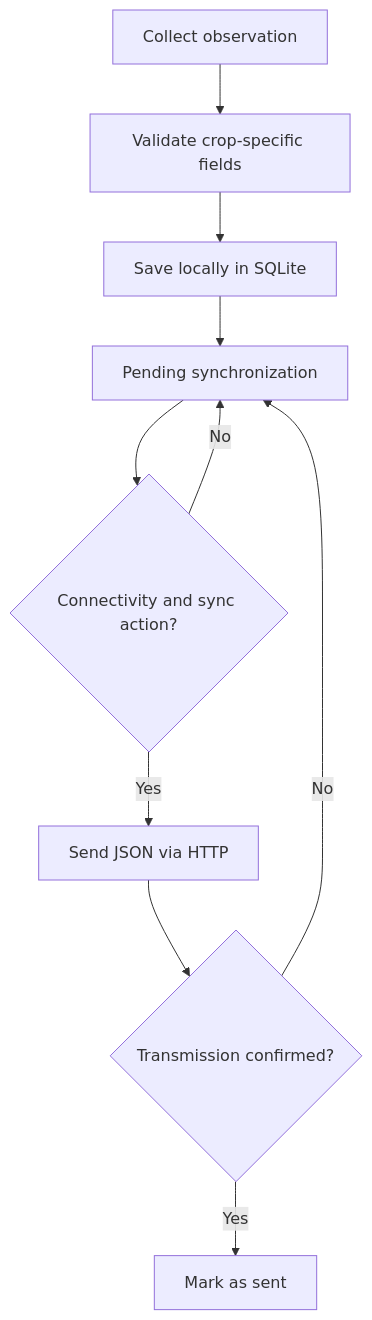
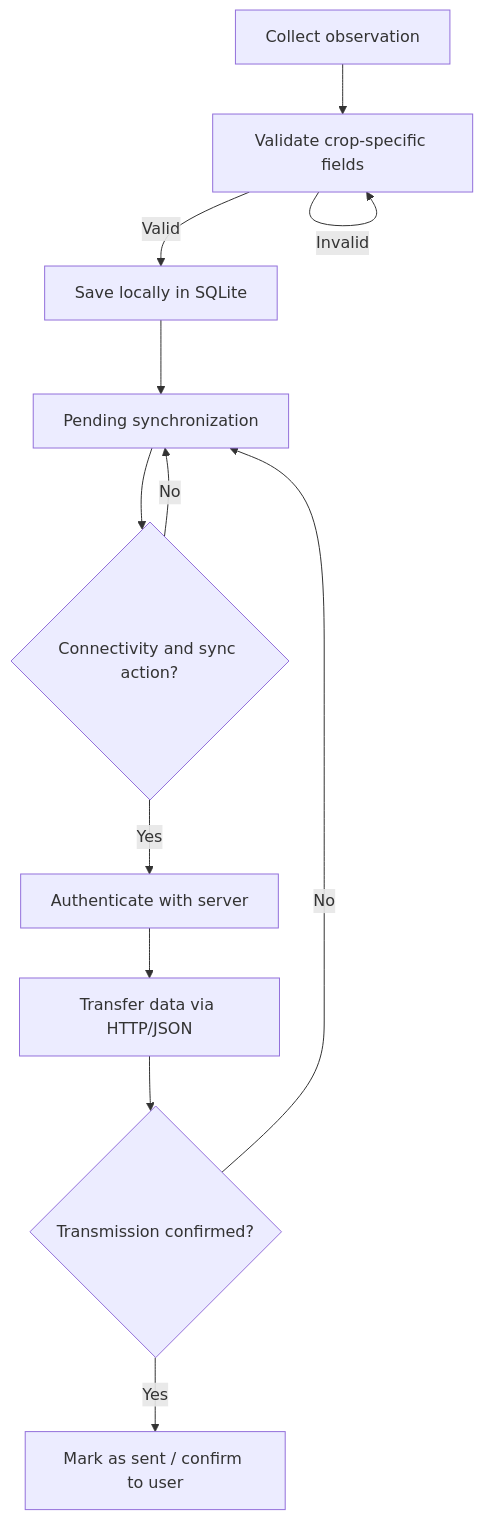
Before and after one commit to Miwe02/Offline_First_Mobile_Application_for_Phenotypic_Data_Collection_in_Protected_Crops: the fourth of 4 diagrams in docs/architecture.md, drawn with Mermaid. The commit also changed other lines of this file and 5 other files, not shown here.

````diff
--- a/docs/architecture.md
+++ b/docs/architecture.md
@@ -32,12 +76,14 @@
 ```mermaid
 flowchart TD
     START[Collect observation] --> FORM[Validate crop-specific fields]
-    FORM --> SAVE[Save locally in SQLite]
+    FORM -- Invalid --> FORM
+    FORM -- Valid --> SAVE[Save locally in SQLite]
     SAVE --> WAIT[Pending synchronization]
     WAIT --> TRIGGER{Connectivity and sync action?}
     TRIGGER -- No --> WAIT
-    TRIGGER -- Yes --> SEND[Send JSON via HTTP]
+    TRIGGER -- Yes --> AUTH[Authenticate with server]
+    AUTH --> SEND[Transfer data via HTTP/JSON]
     SEND --> OK{Transmission confirmed?}
-    OK -- Yes --> DONE[Mark as sent]
+    OK -- Yes --> DONE[Mark as sent / confirm to user]
     OK -- No --> WAIT
 ```
````
